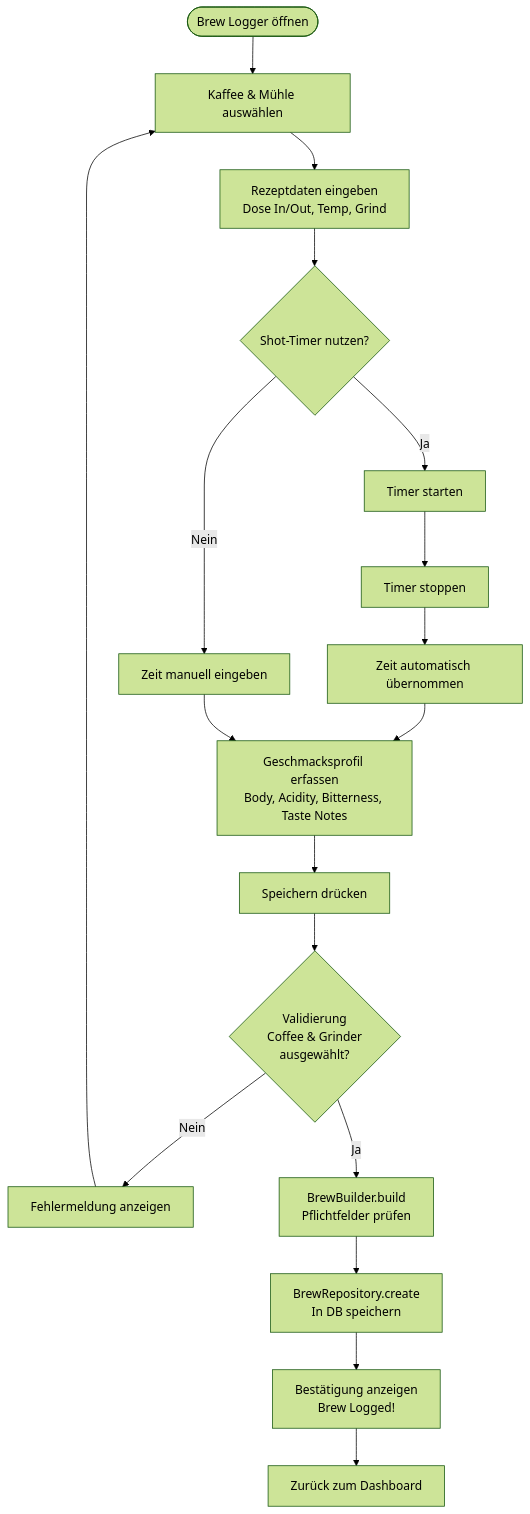
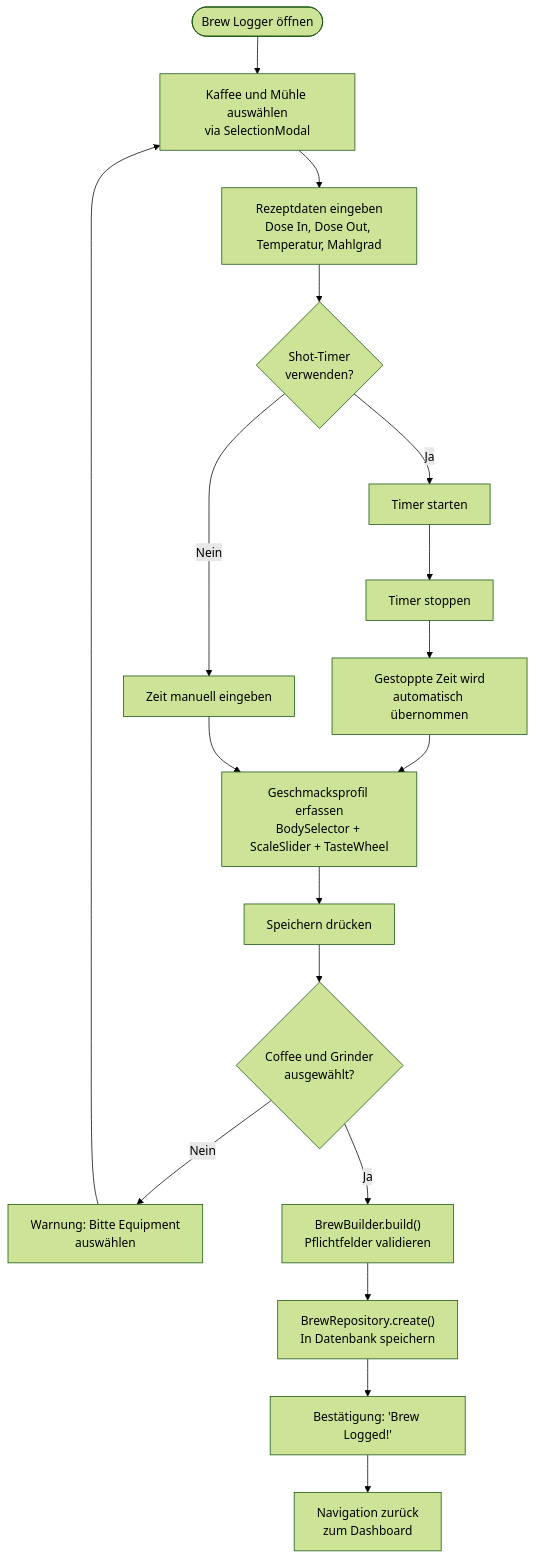
The third of 4 diagrams in README.md (zobe03/Coffee-app), drawn with Mermaid (forest theme) before and after one commit. The commit also changed other lines of this file, not shown here.

````diff
--- a/README.md
+++ b/README.md
@@ -456,26 +495,26 @@
 ```mermaid
 flowchart TD
-    Start([Brew Logger öffnen]) --> SelectEquipment[Kaffee & Mühle auswählen]
-    SelectEquipment --> EnterRecipe[Rezeptdaten eingeben<br/>Dose In/Out, Temp, Grind]
-    EnterRecipe --> Timer{Shot-Timer nutzen?}
+    Start([Brew Logger öffnen]) --> SelectEquipment[Kaffee und Mühle auswählen<br/>via SelectionModal]
+    SelectEquipment --> EnterRecipe[Rezeptdaten eingeben<br/>Dose In, Dose Out, Temperatur, Mahlgrad]
+    EnterRecipe --> Timer{Shot-Timer<br/>verwenden?}
     
     Timer -->|Ja| StartTimer[Timer starten]
     StartTimer --> StopTimer[Timer stoppen]
-    StopTimer --> AutoFill[Zeit automatisch übernommen]
+    StopTimer --> AutoFill[Gestoppte Zeit wird<br/>automatisch übernommen]
     AutoFill --> TasteProfile
     
     Timer -->|Nein| ManualTime[Zeit manuell eingeben]
     ManualTime --> TasteProfile
 
-    TasteProfile[Geschmacksprofil erfassen<br/>Body, Acidity, Bitterness, Taste Notes]
+    TasteProfile[Geschmacksprofil erfassen<br/>BodySelector + ScaleSlider + TasteWheel]
     TasteProfile --> Save[Speichern drücken]
     
-    Save --> Validate{Validierung<br/>Coffee & Grinder<br/>ausgewählt?}
-    Validate -->|Nein| ShowError[Fehlermeldung anzeigen]
-    ShowError --> SelectEquipment
+    Save --> ValidateEquipment{Coffee und Grinder<br/>ausgewählt?}
+    ValidateEquipment -->|Nein| ShowWarning[Warnung: Bitte Equipment<br/>auswählen]
+    ShowWarning --> SelectEquipment
 
-    Validate -->|Ja| BuildBrew[BrewBuilder.build<br/>Pflichtfelder prüfen]
-    BuildBrew --> Persist[BrewRepository.create<br/>In DB speichern]
-    Persist --> Confirm[Bestätigung anzeigen<br/>Brew Logged!]
-    Confirm --> Navigate[Zurück zum Dashboard]
+    ValidateEquipment -->|Ja| BuildBrew["BrewBuilder.build()<br/>Pflichtfelder validieren"]
+    BuildBrew --> Persist["BrewRepository.create()<br/>In Datenbank speichern"]
+    Persist --> Confirm["Bestätigung: 'Brew Logged!'"]
+    Confirm --> Navigate[Navigation zurück<br/>zum Dashboard]
 ```
````
